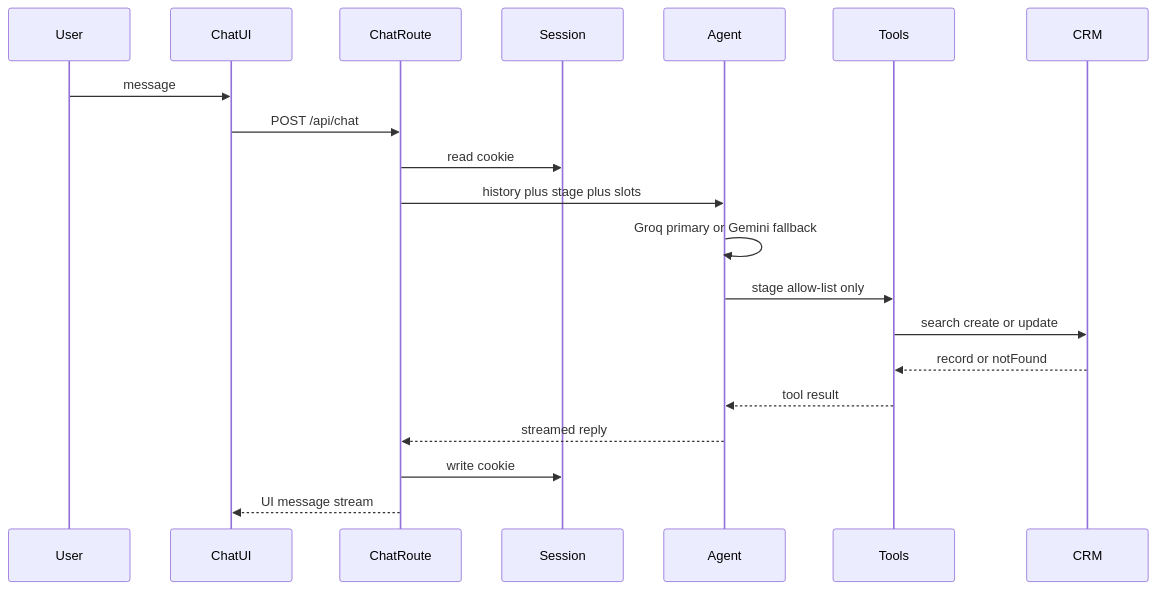
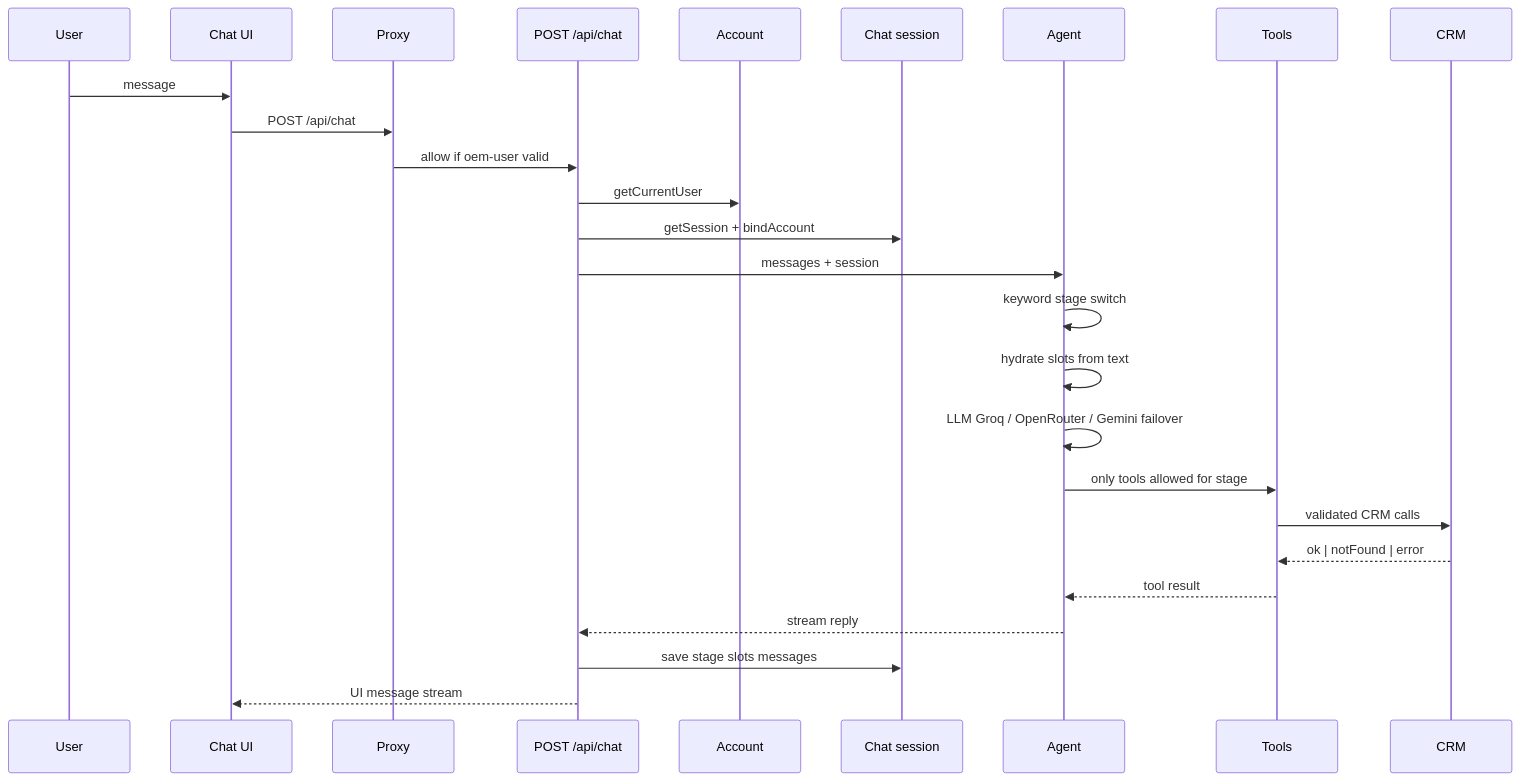
One commit to Hanish101/vehicle-ai-agent changed the second of 3 diagrams in docs/architecture.md. Above: the diagram before and after it, drawn with Mermaid. The commit also changed other lines of this file and 44 other files, not shown here.

````diff
--- a/docs/architecture.md
+++ b/docs/architecture.md
@@ -22,23 +69,29 @@
 ```mermaid
 sequenceDiagram
-  participant User
-  participant ChatUI
-  participant ChatRoute
-  participant Session
-  participant Agent
-  participant Tools
-  participant CRM
+  participant U as User
+  participant UI as Chat UI
+  participant P as Proxy
+  participant C as POST /api/chat
+  participant A as Account
+  participant S as Chat session
+  participant G as Agent
+  participant T as Tools
+  participant Z as CRM
 
-  User->>ChatUI: message
-  ChatUI->>ChatRoute: POST /api/chat
-  ChatRoute->>Session: read cookie
-  ChatRoute->>Agent: history plus stage plus slots
-  Agent->>Agent: Groq primary or Gemini fallback
-  Agent->>Tools: stage allow-list only
-  Tools->>CRM: search create or update
-  CRM-->>Tools: record or notFound
-  Tools-->>Agent: tool result
-  Agent-->>ChatRoute: streamed reply
-  ChatRoute->>Session: write cookie
-  ChatRoute-->>ChatUI: UI message stream
+  U->>UI: message
+  UI->>P: POST /api/chat
+  P->>C: allow if oem-user valid
+  C->>A: getCurrentUser
+  C->>S: getSession + bindAccount
+  C->>G: messages + session
+  G->>G: keyword stage switch
+  G->>G: hydrate slots from text
+  G->>G: LLM Groq / OpenRouter / Gemini failover
+  G->>T: only tools allowed for stage
+  T->>Z: validated CRM calls
+  Z-->>T: ok | notFound | error
+  T-->>G: tool result
+  G-->>C: stream reply
+  C->>S: save stage slots messages
+  C-->>UI: UI message stream
 ```
````
